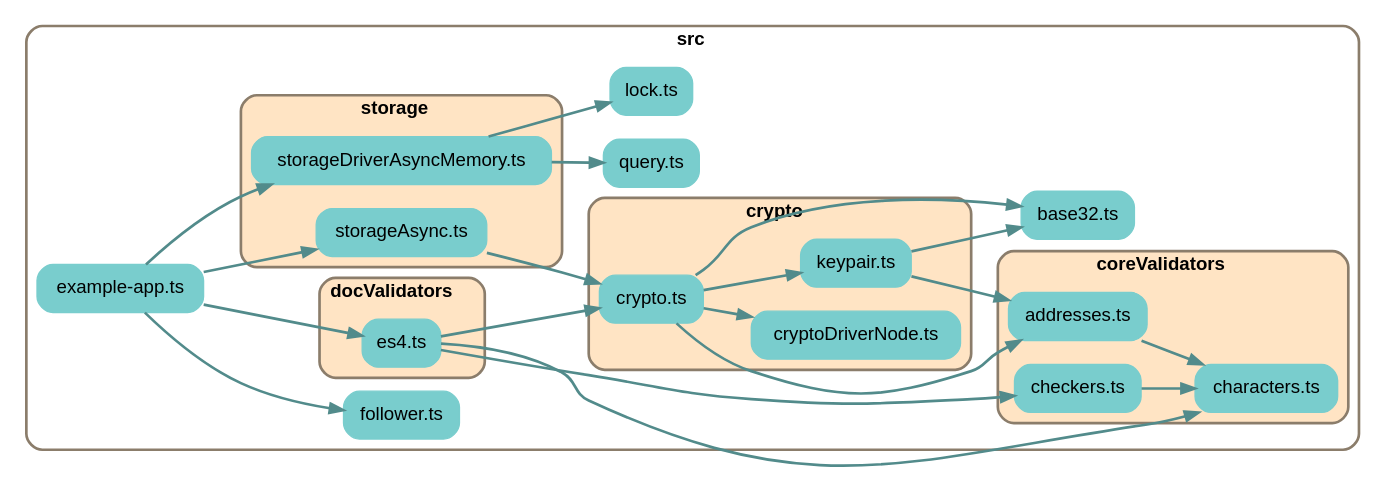
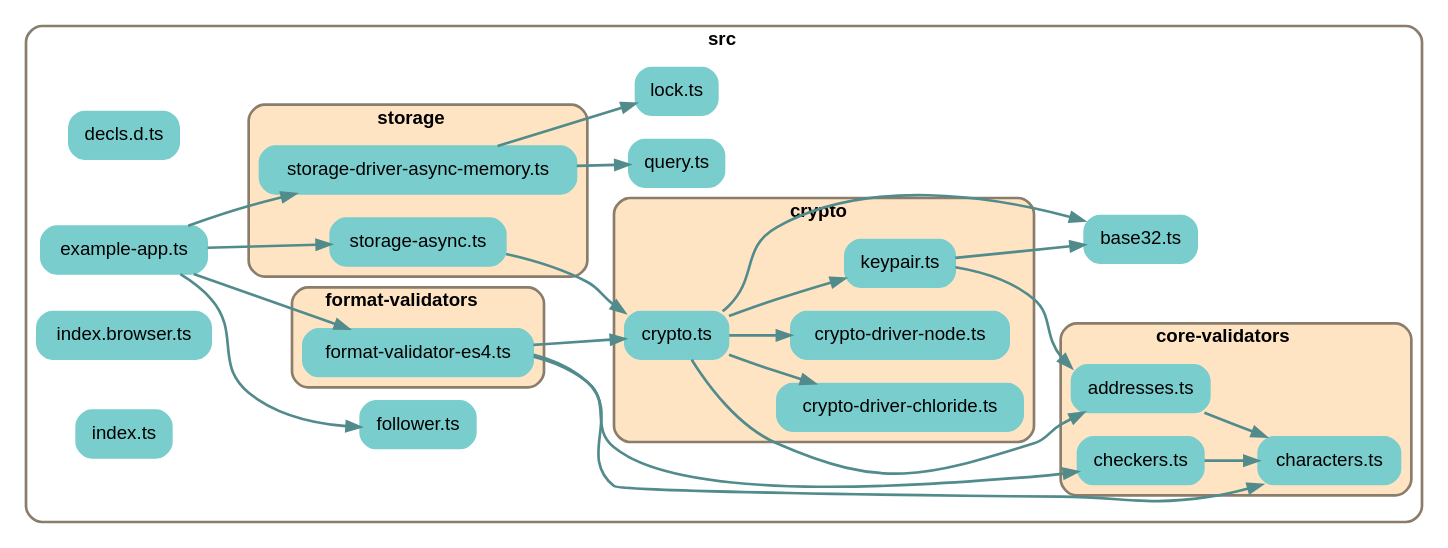
Before and after one commit to earthstar-project/earthstar: the diagram in depchart/depchart-notypes.dot, drawn with Graphviz. The commit also changed 12 other files, not shown here.

```diff
--- a/depchart/depchart-notypes.dot
+++ b/depchart/depchart-notypes.dot
@@ -1,93 +1,98 @@
 
 digraph G {
     //splines=line;
     //splines=polyline;
     splines=true;
     rankdir=LR;
     //newrank=true;
     compound=true;
     graph [fontname = "helvetica"];  // dpi=72
     node [fontname = "helvetica"];
     edge [fontname = "helvetica"];
     
     // files in their folder clusters
 
-    subgraph cluster1213819692 {
+    subgraph cluster8399484277 {
         label=<<b>src</b>>;
         style="rounded";
         color=bisque4;
         penwidth=2;
                     
         "src/base32.ts" [label="base32.ts", shape=rectangle; style="rounded,filled"; color=darkslategray3];
+        "src/decls.d.ts" [label="decls.d.ts", shape=rectangle; style="rounded,filled"; color=darkslategray3];
         "src/example-app.ts" [label="example-app.ts", shape=rectangle; style="rounded,filled"; color=darkslategray3];
         "src/follower.ts" [label="follower.ts", shape=rectangle; style="rounded,filled"; color=darkslategray3];
+        "src/index.browser.ts" [label="index.browser.ts", shape=rectangle; style="rounded,filled"; color=darkslategray3];
+        "src/index.ts" [label="index.ts", shape=rectangle; style="rounded,filled"; color=darkslategray3];
         "src/lock.ts" [label="lock.ts", shape=rectangle; style="rounded,filled"; color=darkslategray3];
         "src/query.ts" [label="query.ts", shape=rectangle; style="rounded,filled"; color=darkslategray3];
 
-        subgraph cluster6146050023 {
-            label=<<b>coreValidators</b>>;
+        subgraph cluster6205599490 {
+            label=<<b>core-validators</b>>;
             style="rounded,filled";
             fillcolor=bisque;
             color=bisque4;
             penwidth=2;
                     
-            "src/coreValidators/addresses.ts" [label="addresses.ts", shape=rectangle; style="rounded,filled"; color=darkslategray3];
-            "src/coreValidators/characters.ts" [label="characters.ts", shape=rectangle; style="rounded,filled"; color=darkslategray3];
-            "src/coreValidators/checkers.ts" [label="checkers.ts", shape=rectangle; style="rounded,filled"; color=darkslategray3];
+            "src/core-validators/addresses.ts" [label="addresses.ts", shape=rectangle; style="rounded,filled"; color=darkslategray3];
+            "src/core-validators/characters.ts" [label="characters.ts", shape=rectangle; style="rounded,filled"; color=darkslategray3];
+            "src/core-validators/checkers.ts" [label="checkers.ts", shape=rectangle; style="rounded,filled"; color=darkslategray3];
         }
 
-        subgraph cluster9384834104 {
+        subgraph cluster2721400318 {
             label=<<b>crypto</b>>;
             style="rounded,filled";
             fillcolor=bisque;
             color=bisque4;
             penwidth=2;
                     
+            "src/crypto/crypto-driver-chloride.ts" [label="crypto-driver-chloride.ts", shape=rectangle; style="rounded,filled"; color=darkslategray3];
+            "src/crypto/crypto-driver-node.ts" [label="crypto-driver-node.ts", shape=rectangle; style="rounded,filled"; color=darkslategray3];
             "src/crypto/crypto.ts" [label="crypto.ts", shape=rectangle; style="rounded,filled"; color=darkslategray3];
-            "src/crypto/cryptoDriverNode.ts" [label="cryptoDriverNode.ts", shape=rectangle; style="rounded,filled"; color=darkslategray3];
             "src/crypto/keypair.ts" [label="keypair.ts", shape=rectangle; style="rounded,filled"; color=darkslategray3];
         }
 
-        subgraph cluster7505569071 {
-            label=<<b>docValidators</b>>;
+        subgraph cluster1490336643 {
+            label=<<b>format-validators</b>>;
             style="rounded,filled";
             fillcolor=bisque;
             color=bisque4;
             penwidth=2;
                     
-            "src/docValidators/es4.ts" [label="es4.ts", shape=rectangle; style="rounded,filled"; color=darkslategray3];
+            "src/format-validators/format-validator-es4.ts" [label="format-validator-es4.ts", shape=rectangle; style="rounded,filled"; color=darkslategray3];
         }
 
-        subgraph cluster1255015210 {
+        subgraph cluster6041864124 {
             label=<<b>storage</b>>;
             style="rounded,filled";
             fillcolor=bisque;
             color=bisque4;
             penwidth=2;
                     
-            "src/storage/storageAsync.ts" [label="storageAsync.ts", shape=rectangle; style="rounded,filled"; color=darkslategray3];
-            "src/storage/storageDriverAsyncMemory.ts" [label="storageDriverAsyncMemory.ts", shape=rectangle; style="rounded,filled"; color=darkslategray3];
+            "src/storage/storage-async.ts" [label="storage-async.ts", shape=rectangle; style="rounded,filled"; color=darkslategray3];
+            "src/storage/storage-driver-async-memory.ts" [label="storage-driver-async-memory.ts", shape=rectangle; style="rounded,filled"; color=darkslategray3];
         }
     }
 
     // edges between files
-    "src/coreValidators/addresses.ts" -> "src/coreValidators/characters.ts" [penwidth=2; color=darkslategray4];
-    "src/coreValidators/checkers.ts" -> "src/coreValidators/characters.ts" [penwidth=2; color=darkslategray4];
-    "src/crypto/crypto.ts" -> "src/crypto/cryptoDriverNode.ts" [penwidth=2; color=darkslategray4];
+    "src/core-validators/addresses.ts" -> "src/core-validators/characters.ts" [penwidth=2; color=darkslategray4];
+    "src/core-validators/checkers.ts" -> "src/core-validators/characters.ts" [penwidth=2; color=darkslategray4];
+    "src/crypto/crypto.ts" -> "src/crypto/crypto-driver-chloride.ts" [penwidth=2; color=darkslategray4];
+    "src/crypto/crypto.ts" -> "src/crypto/crypto-driver-node.ts" [penwidth=2; color=darkslategray4];
     "src/crypto/crypto.ts" -> "src/base32.ts" [penwidth=2; color=darkslategray4];
     "src/crypto/crypto.ts" -> "src/crypto/keypair.ts" [penwidth=2; color=darkslategray4];
-    "src/crypto/crypto.ts" -> "src/coreValidators/addresses.ts" [penwidth=2; color=darkslategray4];
+    "src/crypto/crypto.ts" -> "src/core-validators/addresses.ts" [penwidth=2; color=darkslategray4];
     "src/crypto/keypair.ts" -> "src/base32.ts" [penwidth=2; color=darkslategray4];
-    "src/crypto/keypair.ts" -> "src/coreValidators/addresses.ts" [penwidth=2; color=darkslategray4];
-    "src/docValidators/es4.ts" -> "src/coreValidators/characters.ts" [penwidth=2; color=darkslategray4];
-    "src/docValidators/es4.ts" -> "src/coreValidators/checkers.ts" [penwidth=2; color=darkslategray4];
-    "src/docValidators/es4.ts" -> "src/crypto/crypto.ts" [penwidth=2; color=darkslategray4];
-    "src/example-app.ts" -> "src/docValidators/es4.ts" [penwidth=2; color=darkslategray4];
-    "src/example-app.ts" -> "src/storage/storageDriverAsyncMemory.ts" [penwidth=2; color=darkslategray4];
-    "src/example-app.ts" -> "src/storage/storageAsync.ts" [penwidth=2; color=darkslategray4];
+    "src/crypto/keypair.ts" -> "src/core-validators/addresses.ts" [penwidth=2; color=darkslategray4];
+    "src/example-app.ts" -> "src/format-validators/format-validator-es4.ts" [penwidth=2; color=darkslategray4];
+    "src/example-app.ts" -> "src/storage/storage-driver-async-memory.ts" [penwidth=2; color=darkslategray4];
+    "src/example-app.ts" -> "src/storage/storage-async.ts" [penwidth=2; color=darkslategray4];
     "src/example-app.ts" -> "src/follower.ts" [penwidth=2; color=darkslategray4];
-    "src/storage/storageAsync.ts" -> "src/crypto/crypto.ts" [penwidth=2; color=darkslategray4];
-    "src/storage/storageDriverAsyncMemory.ts" -> "src/query.ts" [penwidth=2; color=darkslategray4];
-    "src/storage/storageDriverAsyncMemory.ts" -> "src/lock.ts" [penwidth=2; color=darkslategray4];
+    "src/format-validators/format-validator-es4.ts" -> "src/core-validators/characters.ts" [penwidth=2; color=darkslategray4];
+    "src/format-validators/format-validator-es4.ts" -> "src/core-validators/checkers.ts" [penwidth=2; color=darkslategray4];
+    "src/format-validators/format-validator-es4.ts" -> "src/crypto/crypto.ts" [penwidth=2; color=darkslategray4];
+    "src/storage/storage-async.ts" -> "src/crypto/crypto.ts" [penwidth=2; color=darkslategray4];
+    "src/storage/storage-driver-async-memory.ts" -> "src/query.ts" [penwidth=2; color=darkslategray4];
+    "src/storage/storage-driver-async-memory.ts" -> "src/lock.ts" [penwidth=2; color=darkslategray4];
 
 }
```
